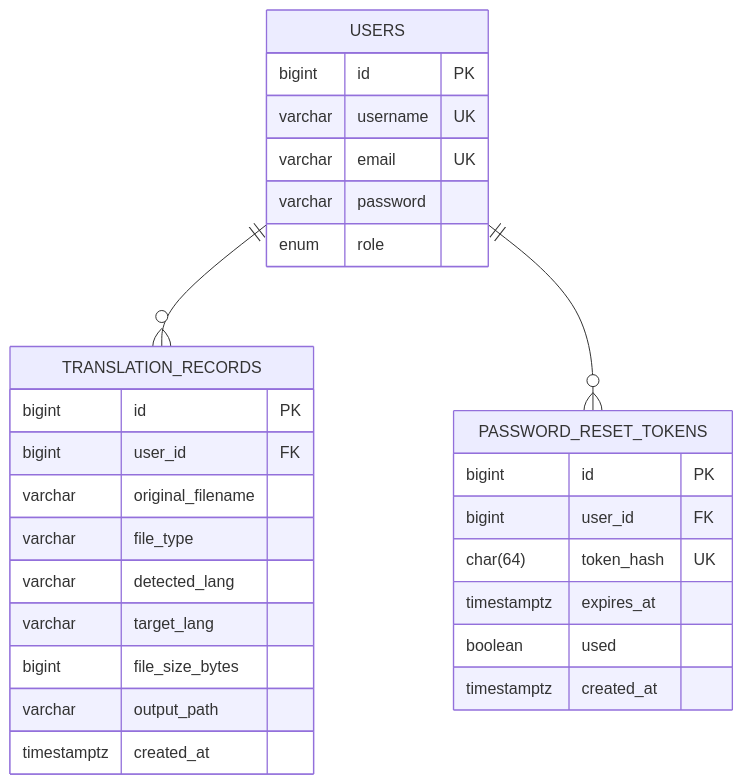
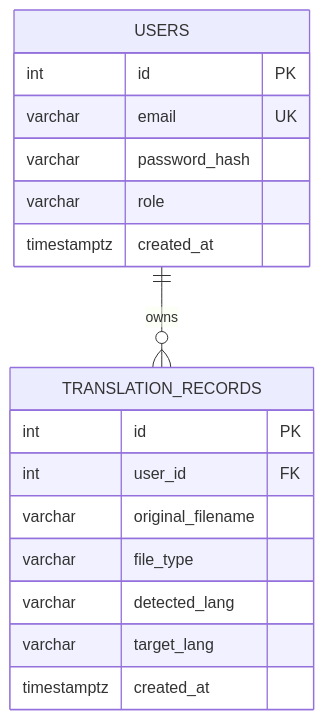
One commit to ProjetoIntegrador4-Semestre/TradutorDocumentos changed the diagram in docs/DiagramaER.md. Above: the diagram before and after it, drawn with Mermaid. The commit also changed 2 other files, not shown here.

Commit message:
💡 docs: add scope statement, update WBS Mermaid and add Project Charter

````diff
--- a/docs/DiagramaER.md
+++ b/docs/DiagramaER.md
@@ -1,34 +3,22 @@
-``` mermaid
+```mermaid
 erDiagram
   USERS {
-    bigint id PK
-    varchar username UK
+    int id PK
     varchar email UK
-    varchar password
-    enum role       
+    varchar password_hash
+    varchar role
+    timestamptz created_at
   }
 
   TRANSLATION_RECORDS {
-    bigint id PK
-    bigint user_id FK   
+    int id PK
+    int user_id FK
     varchar original_filename
     varchar file_type
     varchar detected_lang
     varchar target_lang
-    bigint  file_size_bytes
-    varchar output_path
     timestamptz created_at
   }
 
-  PASSWORD_RESET_TOKENS {
-    bigint id PK
-    bigint user_id FK           
-    char(64) token_hash UK     
-    timestamptz expires_at
-    boolean used
-    timestamptz created_at
-  }
-
-  USERS ||--o{ TRANSLATION_RECORDS : ""
-  USERS ||--o{ PASSWORD_RESET_TOKENS : ""
+  USERS ||--o{ TRANSLATION_RECORDS : "owns"
 ```
````
